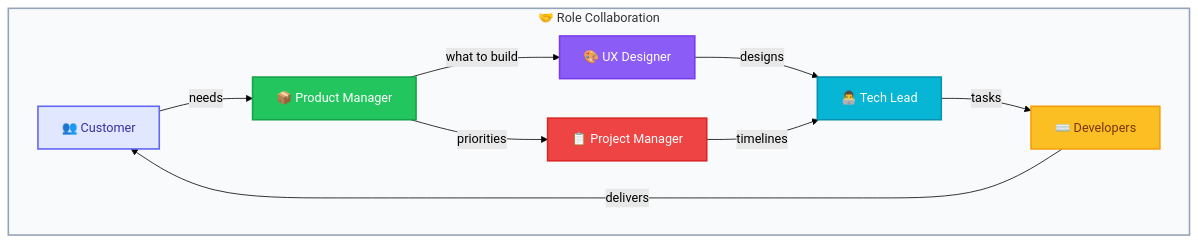
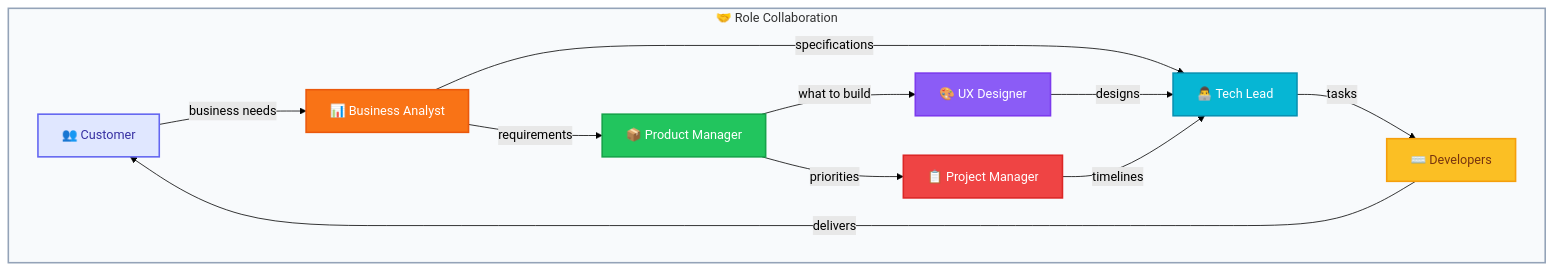
Before and after one commit to abdulrhmansouda/software-engineer-fundamental: the fourth of 4 diagrams in 02-business-roles.md, drawn with Mermaid (forest theme). The commit also changed other lines of this file, not shown here.

Commit message:
feat: add Business Analyst track to career progression and update collaboration diagram to include BA roles.

````diff
--- a/02-business-roles.md
+++ b/02-business-roles.md
@@ -250,28 +269,32 @@
 ```mermaid
 %%{init: {'flowchart': {'padding': 15}}}%%
 graph TB
     subgraph Collaboration ["🤝 Role Collaboration"]
         Customer["👥 Customer"]
+        BA["📊 Business Analyst"]
         PM["📦 Product Manager"]
         PjM["📋 Project Manager"]
         UX["🎨 UX Designer"]
         Tech["👨‍💻 Tech Lead"]
         Dev["⌨️ Developers"]
         
-        Customer -->|"needs"| PM
+        Customer -->|"business needs"| BA
+        BA -->|"requirements"| PM
+        BA -->|"specifications"| Tech
         PM -->|"what to build"| UX
         PM -->|"priorities"| PjM
         UX -->|"designs"| Tech
         PjM -->|"timelines"| Tech
         Tech -->|"tasks"| Dev
         Dev -->|"delivers"| Customer
     end
     
     style Customer fill:#e0e7ff,stroke:#6366f1,stroke-width:2px,color:#3730a3
+    style BA fill:#f97316,stroke:#ea580c,stroke-width:2px,color:#fff
     style PM fill:#22c55e,stroke:#16a34a,stroke-width:2px,color:#fff
     style PjM fill:#ef4444,stroke:#dc2626,stroke-width:2px,color:#fff
     style UX fill:#8b5cf6,stroke:#7c3aed,stroke-width:2px,color:#fff
     style Tech fill:#06b6d4,stroke:#0891b2,stroke-width:2px,color:#fff
     style Dev fill:#fbbf24,stroke:#f59e0b,stroke-width:2px,color:#78350f
     style Collaboration fill:#f8fafc,stroke:#94a3b8,stroke-width:2px
 ```
````
